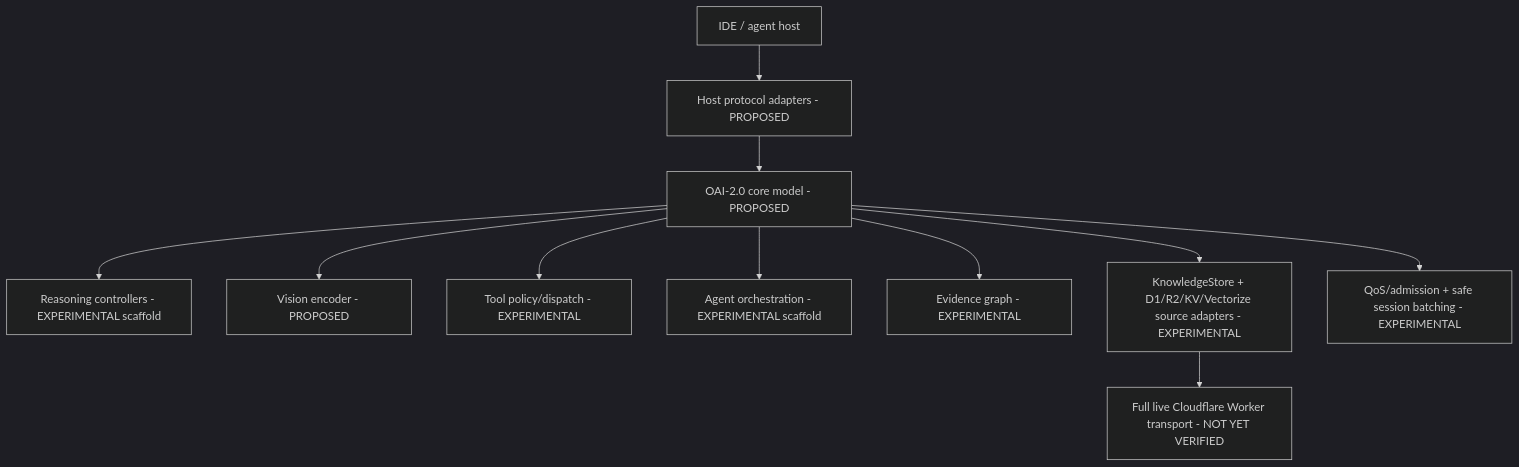
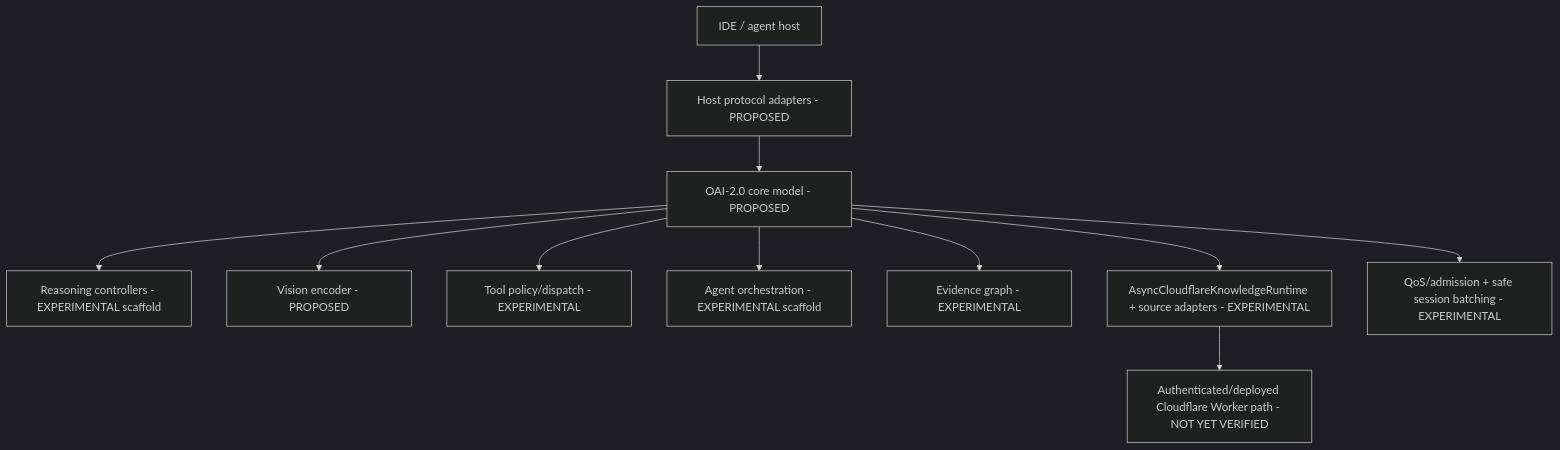
One commit to ORCHORDS-LCC/OAI-2.0 changed the diagram in docs/agent-architecture/SYSTEM_ARCHITECTURE.md. Above: the diagram before and after it, drawn with Mermaid (dark theme). The commit also changed other lines of this file and 5 other files, not shown here.

Commit message:
docs: sync Cloudflare runtime progress across summaries

````diff
--- a/docs/agent-architecture/SYSTEM_ARCHITECTURE.md
+++ b/docs/agent-architecture/SYSTEM_ARCHITECTURE.md
@@ -11,13 +11,13 @@
 ```mermaid
 flowchart TB
     H[IDE / agent host] --> P[Host protocol adapters - PROPOSED]
     P --> C[OAI-2.0 core model - PROPOSED]
     C --> R[Reasoning controllers - EXPERIMENTAL scaffold]
     C --> V[Vision encoder - PROPOSED]
     C --> T[Tool policy/dispatch - EXPERIMENTAL]
     C --> A[Agent orchestration - EXPERIMENTAL scaffold]
     C --> E[Evidence graph - EXPERIMENTAL]
-    C --> K[KnowledgeStore + D1/R2/KV/Vectorize source adapters - EXPERIMENTAL]
-    K --> CF[Full live Cloudflare Worker transport - NOT YET VERIFIED]
+    C --> K[AsyncCloudflareKnowledgeRuntime + source adapters - EXPERIMENTAL]
+    K --> CF[Authenticated/deployed Cloudflare Worker path - NOT YET VERIFIED]
     C --> QOS[QoS/admission + safe session batching - EXPERIMENTAL]
 ```
````
